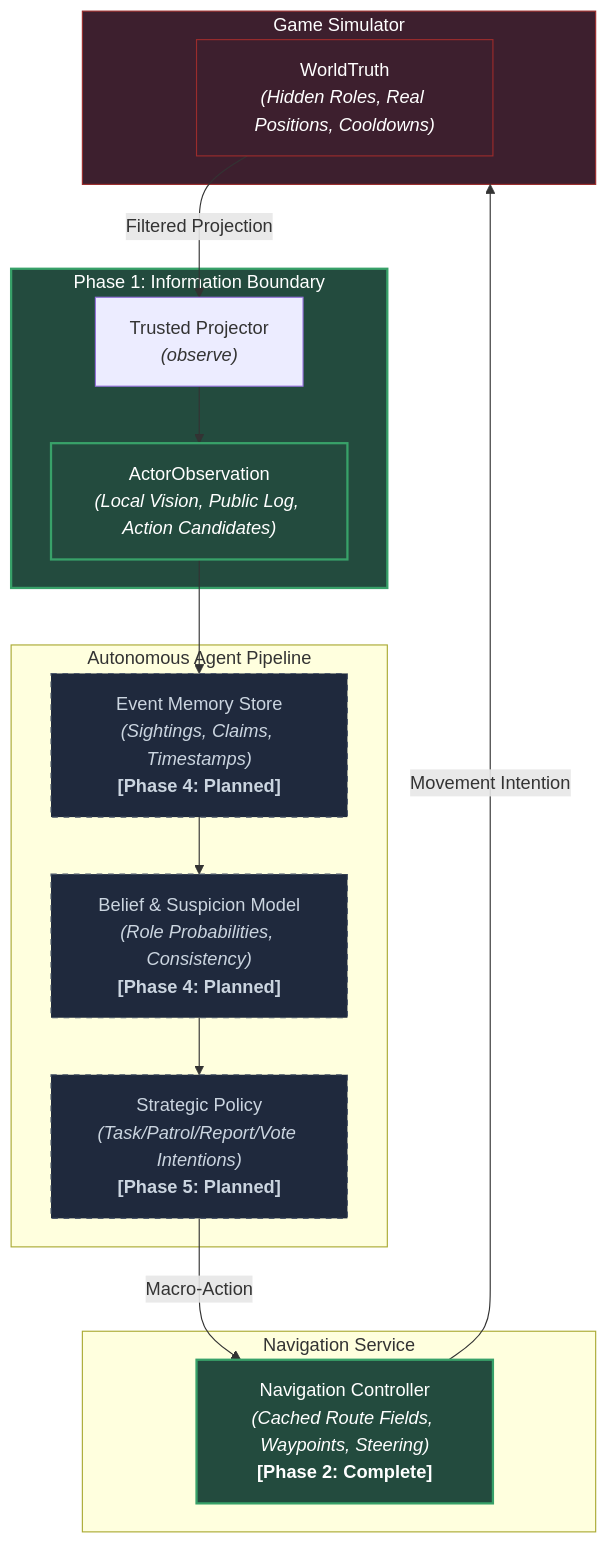
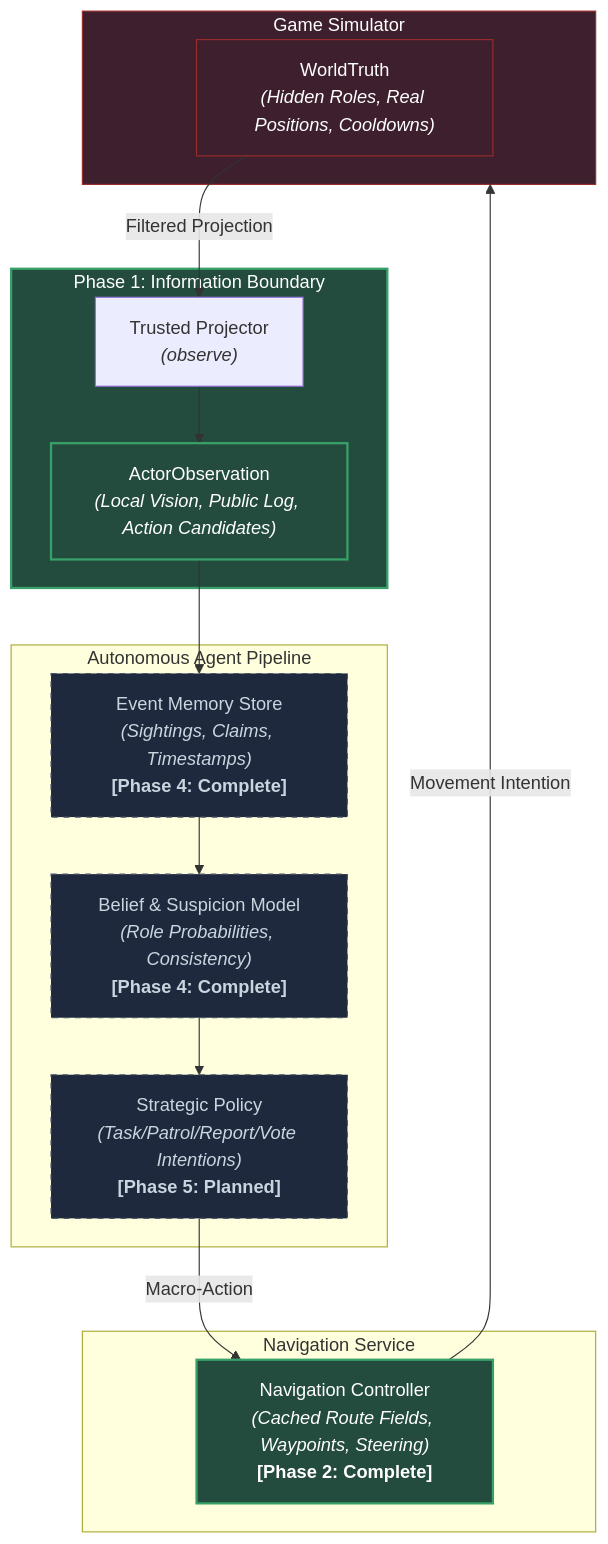
Before and after one commit to Hadisovic/social-deduction-ai: the diagram in README.md, drawn with Mermaid. The commit also changed other lines of this file and 43 other files, not shown here.

Commit message:
Complete Phase 4 belief model experiment

````diff
--- a/README.md
+++ b/README.md
@@ -84,37 +114,37 @@
 ```mermaid
 flowchart TD
     subgraph Sim [Game Simulator]
         WT["WorldTruth<br/><i>(Hidden Roles, Real Positions, Cooldowns)</i>"]
     end
 
     subgraph Boundary [Phase 1: Information Boundary]
         PROJ["Trusted Projector<br/><i>(observe)</i>"]
         AO["ActorObservation<br/><i>(Local Vision, Public Log, Action Candidates)</i>"]
     end
 
     subgraph Agent [Autonomous Agent Pipeline]
-        MEM["Event Memory Store<br/><i>(Sightings, Claims, Timestamps)</i><br/><b>[Phase 4: Planned]</b>"]
-        BELIEF["Belief & Suspicion Model<br/><i>(Role Probabilities, Consistency)</i><br/><b>[Phase 4: Planned]</b>"]
+        MEM["Event Memory Store<br/><i>(Sightings, Claims, Timestamps)</i><br/><b>[Phase 4: Complete]</b>"]
+        BELIEF["Belief & Suspicion Model<br/><i>(Role Probabilities, Consistency)</i><br/><b>[Phase 4: Complete]</b>"]
         POL["Strategic Policy<br/><i>(Task/Patrol/Report/Vote Intentions)</i><br/><b>[Phase 5: Planned]</b>"]
     end
 
     subgraph Service [Navigation Service]
         NAV["Navigation Controller<br/><i>(Cached Route Fields, Waypoints, Steering)</i><br/><b>[Phase 2: Complete]</b>"]
     end
 
     WT -->|Filtered Projection| PROJ
     PROJ --> AO
     AO --> MEM
     MEM --> BELIEF
     BELIEF --> POL
     POL -->|Macro-Action| NAV
     NAV -->|Movement Intention| Sim
 
     classDef built fill:#234b3e,stroke:#38a169,stroke-width:2px,color:#fff;
     classDef planned fill:#1f293d,stroke:#4a5568,stroke-width:1px,stroke-dasharray: 5 5,color:#cbd5e0;
     classDef sim fill:#3d1f2e,stroke:#9b2c2c,stroke-width:1px,color:#fff;
 
     class Boundary,AO,NAV built;
     class MEM,BELIEF,POL planned;
     class Sim,WT sim;
 ```
````
